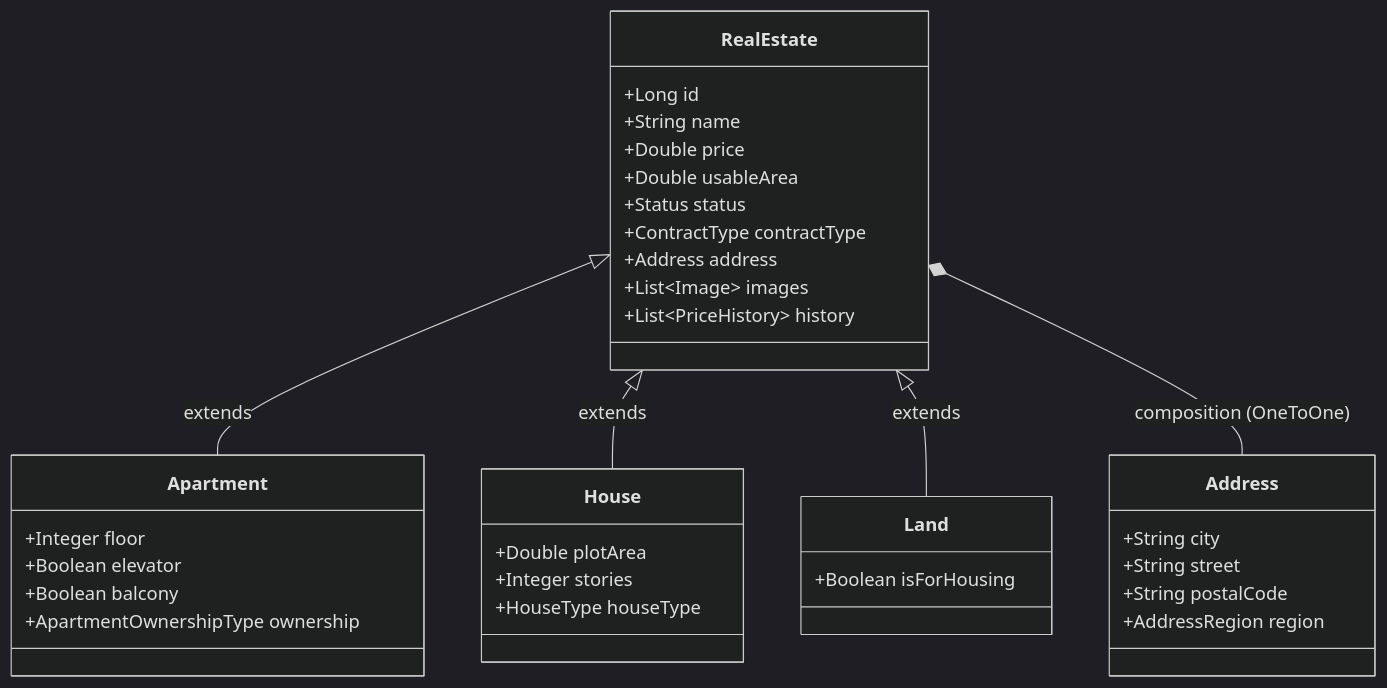
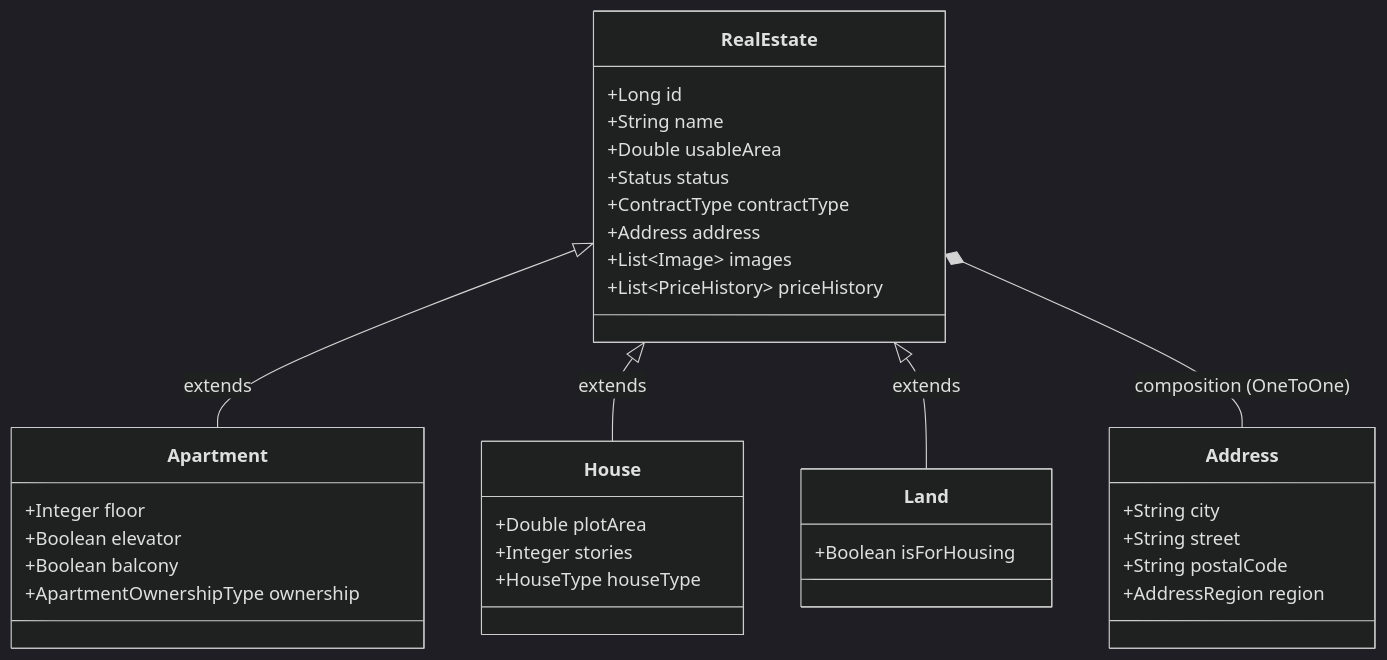
One commit to Majkle/NNPRO-REMAX-BE changed the first of 7 diagrams in doc/Architecture_and_Design.md. Above: the diagram before and after it, drawn with Mermaid (dark theme). The commit also changed other lines of this file and 17 other files, not shown here.

````diff
--- a/doc/Architecture_and_Design.md
+++ b/doc/Architecture_and_Design.md
@@ -8,43 +8,42 @@
 ```mermaid
 classDiagram
     class RealEstate {
         +Long id
         +String name
-        +Double price
         +Double usableArea
         +Status status
         +ContractType contractType
         +Address address
         +List~Image~ images
-        +List~PriceHistory~ history
+        +List~PriceHistory~ priceHistory
     }
 
     class Apartment {
         +Integer floor
         +Boolean elevator
         +Boolean balcony
         +ApartmentOwnershipType ownership
     }
 
     class House {
         +Double plotArea
         +Integer stories
         +HouseType houseType
     }
 
     class Land {
         +Boolean isForHousing
     }
 
     class Address {
         +String city
         +String street
         +String postalCode
         +AddressRegion region
     }
 
     RealEstate <|-- Apartment : extends
     RealEstate <|-- House : extends
     RealEstate <|-- Land : extends
     RealEstate *-- Address : composition (OneToOne)
 ```
````
